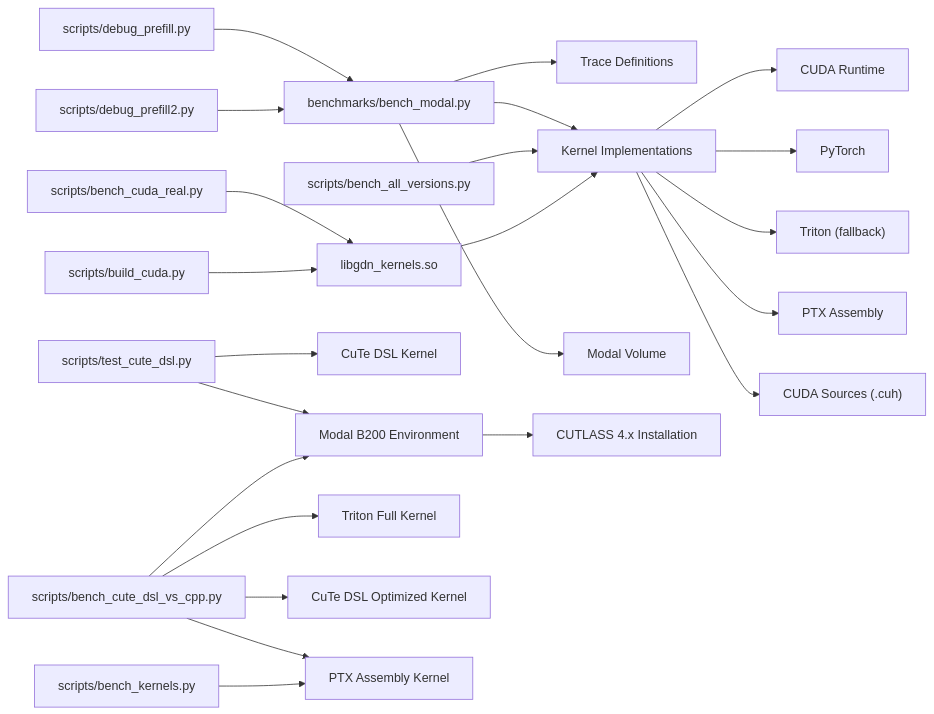
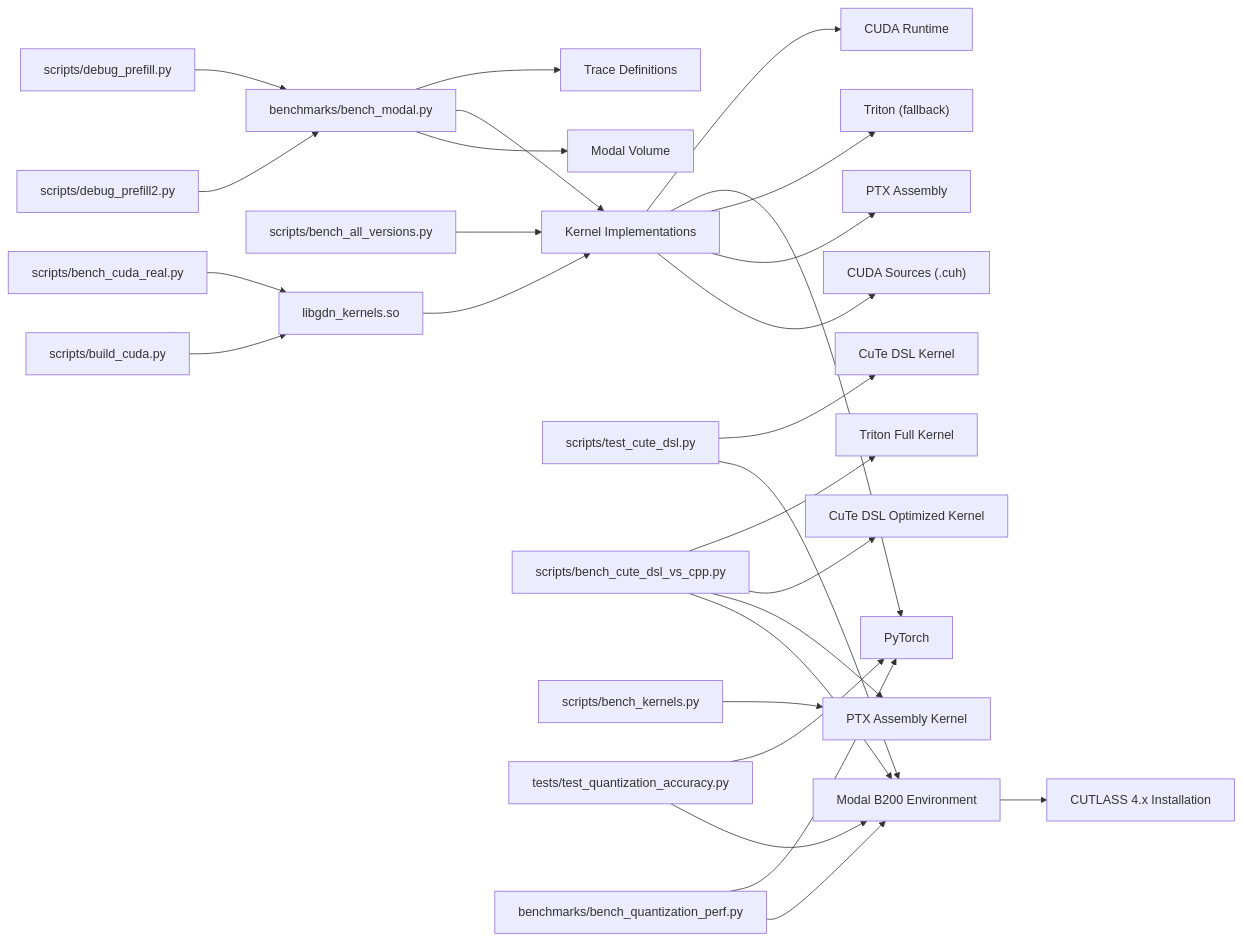
Before and after one commit to gugudeshubao/flashinfer-bench-tma-thrust: diagram 14 of 17 in .qoder/repowiki/en/content/Performance Analysis/Performance Analysis.md, drawn with Mermaid. The commit also changed other lines of this file and 5 other files, not shown here.

````diff
--- a/.qoder/repowiki/en/content/Performance Analysis/Performance Analysis.md
+++ b/.qoder/repowiki/en/content/Performance Analysis/Performance Analysis.md
@@ -724,25 +897,29 @@
 ```mermaid
 graph LR
 Runner["benchmarks/bench_modal.py"] --> Defs["Trace Definitions"]
 Runner --> Kernels["Kernel Implementations"]
 Kernels --> CUDA["CUDA Runtime"]
 Kernels --> Torch["PyTorch"]
 Kernels --> Triton["Triton (fallback)"]
 Kernels --> PTX["PTX Assembly"]
 Runner --> Volume["Modal Volume"]
 Debug1["scripts/debug_prefill.py"] --> Runner
 Debug2["scripts/debug_prefill2.py"] --> Runner
 AllVersions["scripts/bench_all_versions.py"] --> Kernels
 RealCUDA["scripts/bench_cuda_real.py"] --> Lib["libgdn_kernels.so"]
 BuildCUDA["scripts/build_cuda.py"] --> Lib
 Lib --> Kernels
 CuTeTest["scripts/test_cute_dsl.py"] --> CuTeDSL["CuTe DSL Kernel"]
 CuTeTest --> ModalEnv["Modal B200 Environment"]
 ModalEnv --> CUTLASS["CUTLASS 4.x Installation"]
 PerfComp["scripts/bench_cute_dsl_vs_cpp.py"] --> TritonKernel["Triton Full Kernel"]
 PerfComp --> CuTeKernel["CuTe DSL Optimized Kernel"]
 PerfComp --> PTXKernel["PTX Assembly Kernel"]
 PerfComp --> ModalEnv
 PTXBench["scripts/bench_kernels.py"] --> PTXKernel
+QuantTest["tests/test_quantization_accuracy.py"] --> Torch
+QuantTest --> ModalEnv
+QuantBench["benchmarks/bench_quantization_perf.py"] --> Torch
+QuantBench --> ModalEnv
 Kernels --> CUDA_SRC["CUDA Sources (.cuh)"]
 ```
````
